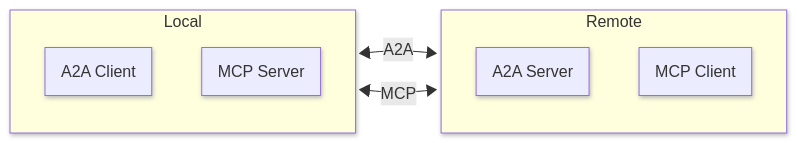
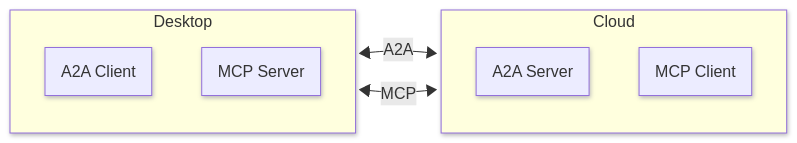
One commit to pilartomas/mcp-webrtc changed the diagram in README.md. Above: the diagram before and after it, drawn with Mermaid.

Commit message:
chore(docs): update readme example

````diff
--- a/README.md
+++ b/README.md
@@ -27,21 +27,21 @@
 ```mermaid
 ---
 config:
   layout: dagre
   look: neo
   theme: mc
 ---
 flowchart LR
-    subgraph Local
+    subgraph Local["Desktop"]
         direction TB
         AC["A2A Client"]
         MS["MCP Server"]
     end
-    subgraph Remote
+    subgraph Remote["Cloud"]
         direction TB
         AS["A2A Server"]
         MC["MCP Client"]
     end
-    Local <-- A2A --> Remote
-    Local <-- MCP --> Remote
+    AC <-- A2A --> AS
+    MS <-- MCP --> MC
 ```
````
